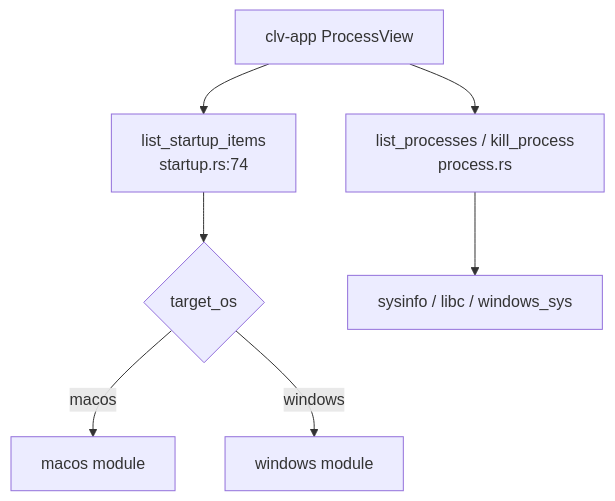
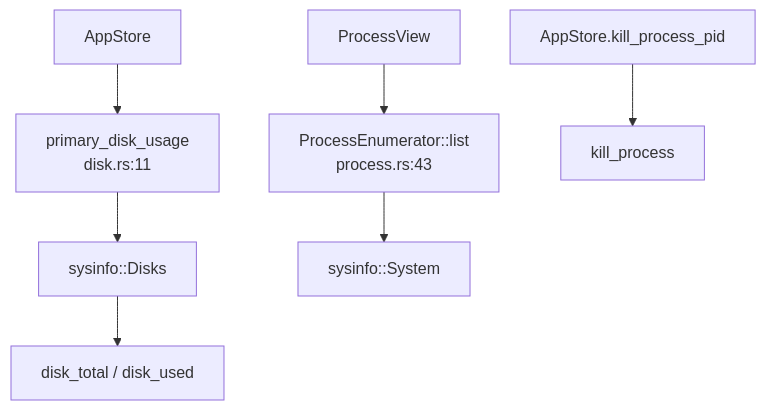
One commit to sopaco/CLV3000-Plus changed the diagram in .terrain/human/4.Deep-Exploration/platform.md. Above: the diagram before and after it, drawn with Mermaid. The commit also changed other lines of this file and 15 other files, not shown here.

````diff
--- a/.terrain/human/4.Deep-Exploration/platform.md
+++ b/.terrain/human/4.Deep-Exploration/platform.md
@@ -54,9 +44,9 @@
 ```mermaid
 flowchart TD
-    A["clv-app ProcessView"] --> B["list_processes / kill_process<br/>process.rs"]
-    A --> C["list_startup_items<br/>startup.rs:74"]
-    C --> D{"target_os"}
-    D -->|macos| E["macos module"]
-    D -->|windows| F["windows module"]
-    B --> G["sysinfo / libc / windows_sys"]
+    A["AppStore"] --> B["primary_disk_usage<br/>disk.rs:11"]
+    B --> C["sysinfo::Disks"]
+    C --> D["disk_total / disk_used"]
+    E["ProcessView"] --> F["ProcessEnumerator::list<br/>process.rs:43"]
+    F --> G["sysinfo::System"]
+    H["AppStore.kill_process_pid"] --> I["kill_process"]
 ```
````
